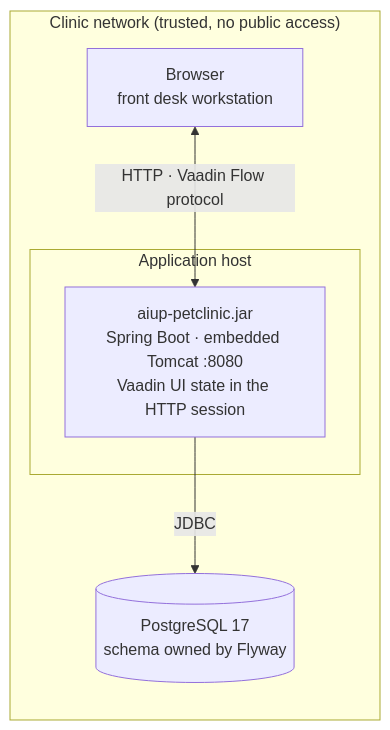
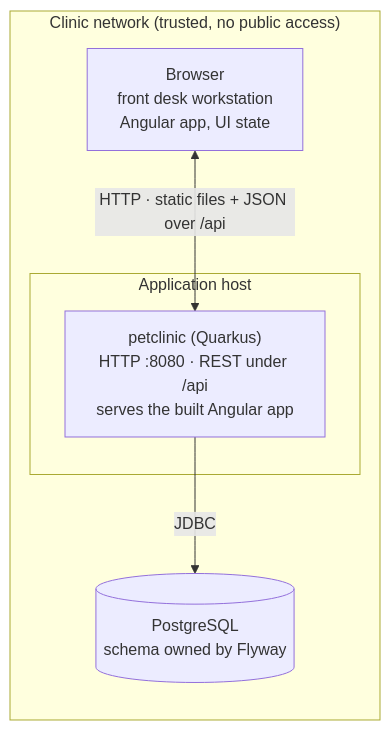
The diagram in docs/architecture/physical.md (AI-Unified-Process/petclinic), drawn with Mermaid before and after one commit. The commit also changed other lines of this file and 81 other files, not shown here.

First line of the commit message:
Port the start state to Angular and Quarkus with JPA

````diff
--- a/docs/architecture/physical.md
+++ b/docs/architecture/physical.md
@@ -12,12 +13,12 @@
 ```mermaid
 flowchart LR
     subgraph clinic["Clinic network (trusted, no public access)"]
-        B["Browser<br/>front desk workstation"]
+        B["Browser<br/>front desk workstation<br/>Angular app, UI state"]
         subgraph host["Application host"]
-            APP["aiup-petclinic.jar<br/>Spring Boot · embedded Tomcat :8080<br/>Vaadin UI state in the HTTP session"]
+            APP["petclinic (Quarkus)<br/>HTTP :8080 · REST under /api<br/>serves the built Angular app"]
         end
-        DB[("PostgreSQL 17<br/>schema owned by Flyway")]
+        DB[("PostgreSQL<br/>schema owned by Flyway")]
     end
-    B <-->|" HTTP · Vaadin Flow protocol "| APP
+    B <-->|" HTTP · static files + JSON over /api "| APP
     APP -->|JDBC| DB
 ```
````
